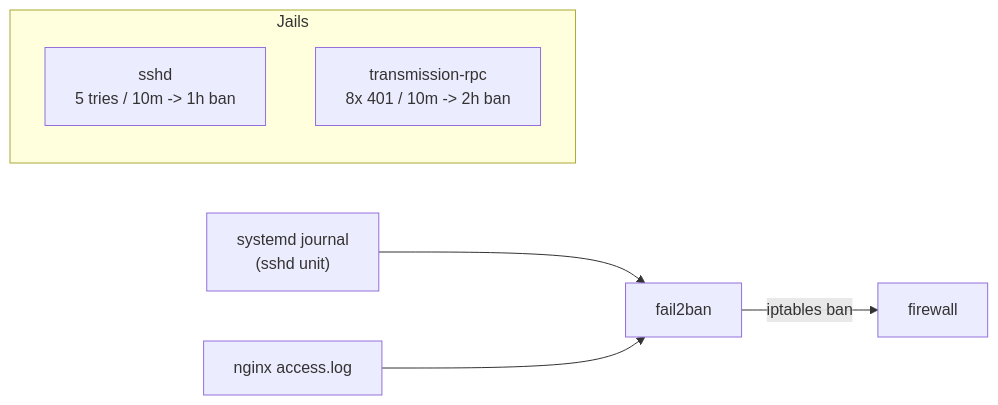
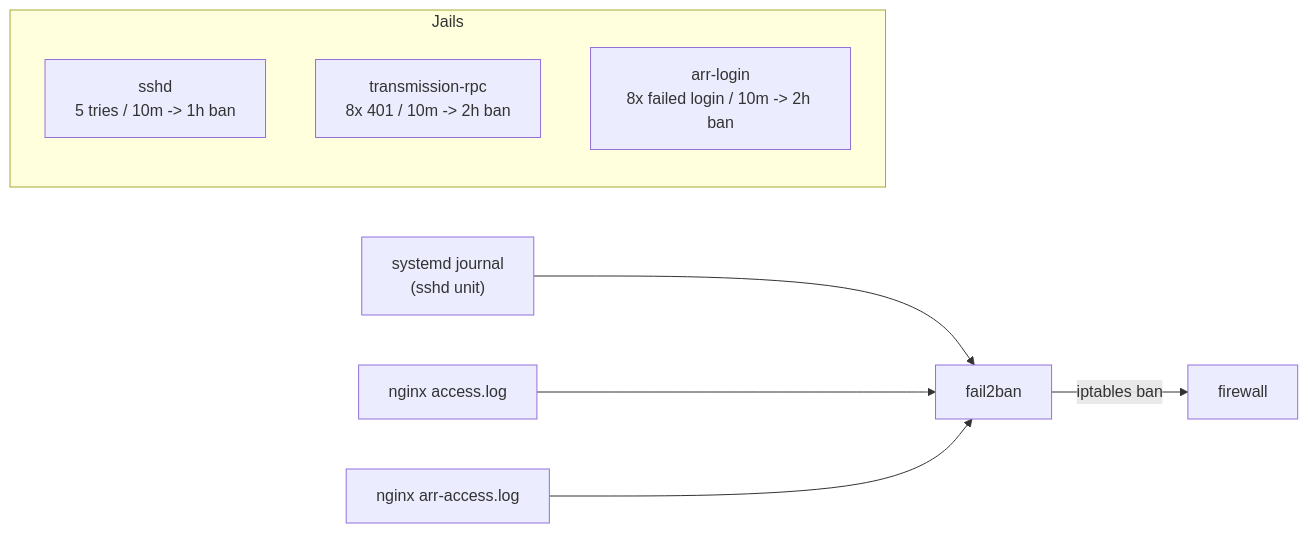
Before and after one commit to sillyash/homelab: the diagram in services/fail2ban/README.md, drawn with Mermaid. The commit also changed other lines of this file and 19 other files, not shown here.

````diff
--- a/services/fail2ban/README.md
+++ b/services/fail2ban/README.md
@@ -9,11 +11,13 @@
 ```mermaid
 graph LR
     journal["systemd journal<br>(sshd unit)"] --> f2b["fail2ban"]
     nginxlog["nginx access.log"] --> f2b
+    arrlog["nginx arr-access.log"] --> f2b
     f2b -->|"iptables ban"| firewall["firewall"]
 
     subgraph Jails
         sshd_jail["sshd<br>5 tries / 10m -> 1h ban"]
         rpc_jail["transmission-rpc<br>8x 401 / 10m -> 2h ban"]
+        arr_jail["arr-login<br>8x failed login / 10m -> 2h ban"]
     end
 ```
````
